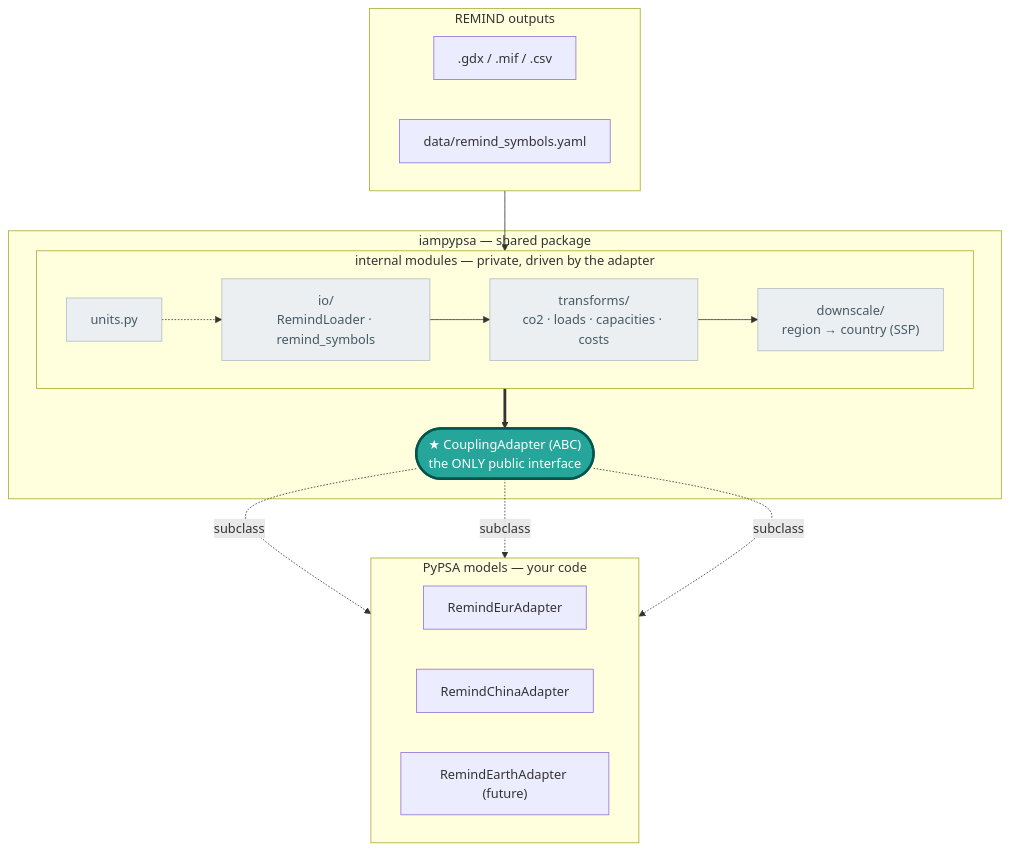
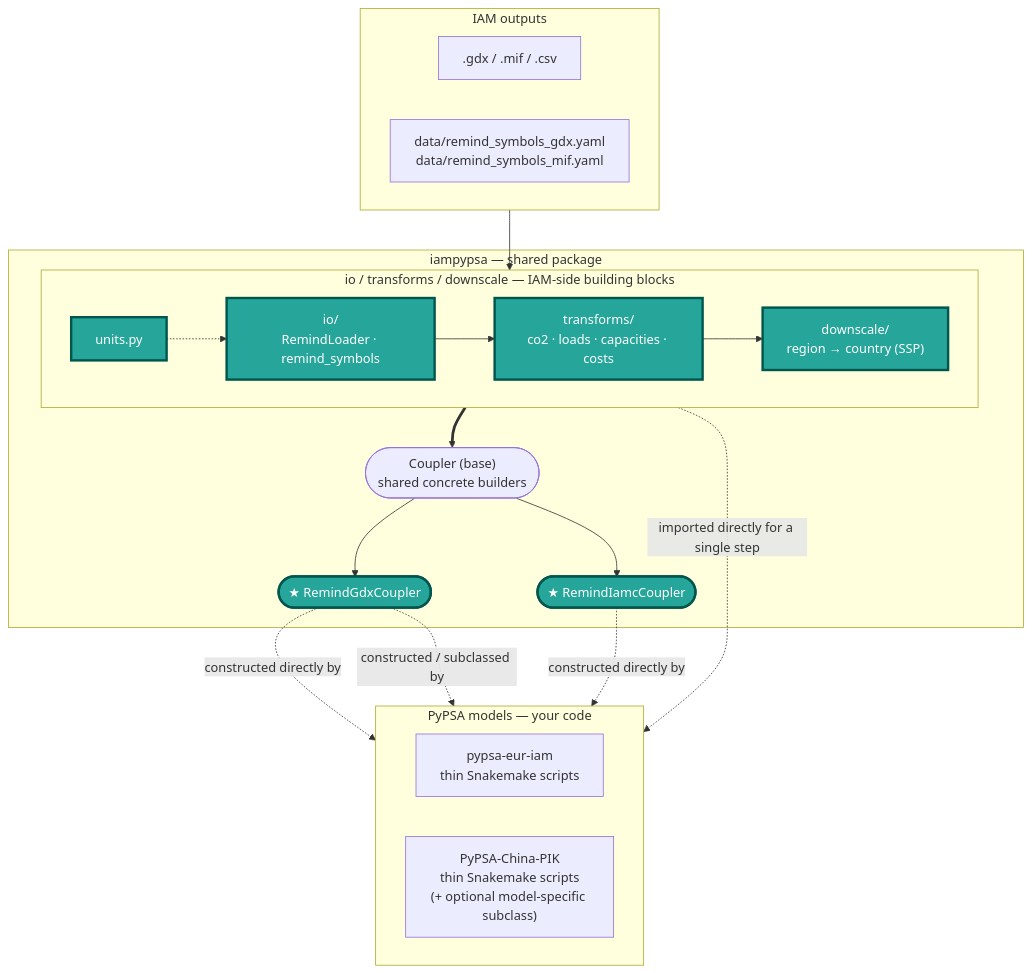
Before and after one commit to pik-piam/Remind-PyPSA-coupling: the diagram in docs/architecture.md, drawn with Mermaid. The commit also changed other lines of this file and 26 other files, not shown here.

````diff
--- a/docs/architecture.md
+++ b/docs/architecture.md
@@ -30,35 +21,37 @@
 ```mermaid
 flowchart TB
-    subgraph inputs["REMIND outputs"]
+    subgraph inputs["IAM outputs"]
         direction LR
         src[".gdx / .mif / .csv"]
-        cfg["data/remind_symbols.yaml"]
+        cfg["data/remind_symbols_gdx.yaml<br/>data/remind_symbols_mif.yaml"]
     end
 
     subgraph pkg["iampypsa — shared package"]
-        subgraph internal["internal modules — private, driven by the adapter"]
+        subgraph building_blocks["io / transforms / downscale — IAM-side building blocks"]
             direction LR
             io["io/<br/>RemindLoader · remind_symbols"] --> tf["transforms/<br/>co2 · loads · capacities · costs"] --> ds["downscale/<br/>region → country (SSP)"]
             units["units.py"] -.-> io
         end
-        adp(["★ CouplingAdapter (ABC)<br/>the ONLY public interface"])
-        internal ==> adp
+        base(["Coupler (base)<br/>shared concrete builders"])
+        gdx(["★ RemindGdxCoupler"])
+        iamc(["★ RemindIamcCoupler"])
+        building_blocks ==> base
+        base --> gdx
+        base --> iamc
     end
 
     subgraph models["PyPSA models — your code"]
         direction LR
-        eur["RemindEurAdapter"]
-        chn["RemindChinaAdapter"]
-        ert["RemindEarthAdapter (future)"]
+        eur["pypsa-eur-iam<br/>thin Snakemake scripts"]
+        chn["PyPSA-China-PIK<br/>thin Snakemake scripts<br/>(+ optional model-specific subclass)"]
     end
 
-    inputs --> internal
-    adp -.->|subclass| eur
-    adp -.->|subclass| chn
-    adp -.->|subclass| ert
+    inputs --> building_blocks
+    gdx -.->|constructed directly by| eur
+    iamc -.->|constructed directly by| eur
+    gdx -.->|constructed / subclassed by| chn
+    building_blocks -.->|imported directly for a single step| eur
 
-    classDef public fill:#26a69a,stroke:#00564d,color:#ffffff,stroke-width:3px;
-    classDef priv fill:#eceff1,stroke:#b0bec5,color:#455a64;
-    class adp public
-    class io,tf,ds,units priv
+    classDef pub fill:#26a69a,stroke:#00564d,color:#ffffff,stroke-width:3px;
+    class gdx,iamc,io,tf,ds,units pub
 ```
````
